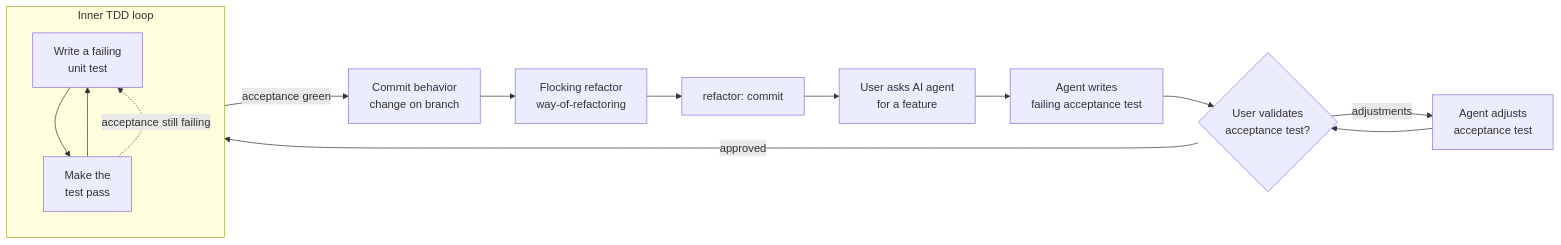
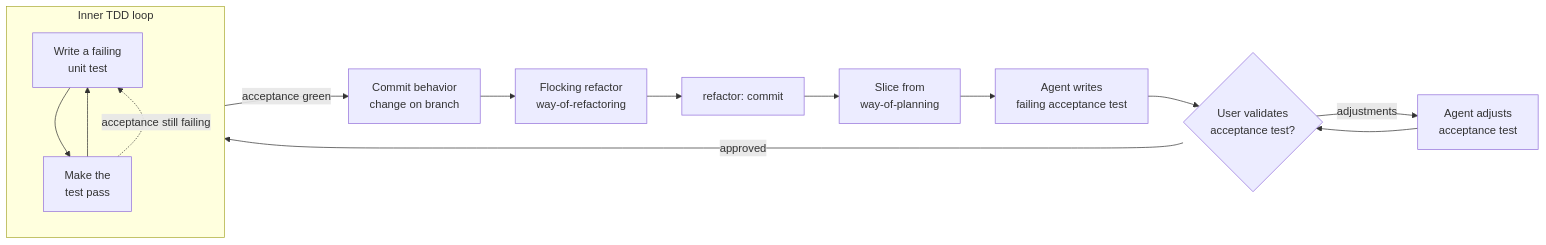
The diagram in .claude/rules/way-of-work.md (gustavofsantos/dot-files), drawn with Mermaid before and after one commit. The commit also changed other lines of this file and 1 other file, not shown here.

Commit message:
chore: introduce way of planning rules

````diff
--- a/.claude/rules/way-of-work.md
+++ b/.claude/rules/way-of-work.md
@@ -9,24 +9,24 @@
 ```mermaid
 flowchart LR
-  Ask["User asks AI agent<br/>for a feature"]
+  Ask["Slice from<br/>way-of-planning"]
   WriteAT["Agent writes<br/>failing acceptance test"]
   Validate{"User validates<br/>acceptance test?"}
   Adjust["Agent adjusts<br/>acceptance test"]
 
   subgraph Inner["Inner TDD loop"]
     direction TB
     UT["Write a failing<br/>unit test"]
     Pass["Make the<br/>test pass"]
     UT --> Pass --> UT
   end
 
   Commit["Commit behavior<br/>change on branch"]
   Flock["Flocking refactor<br/>way-of-refactoring"]
   RefCommit["refactor: commit"]
 
   Ask --> WriteAT --> Validate
   Validate -->|adjustments| Adjust --> Validate
   Validate -->|approved| UT
   Pass -.->|acceptance still failing| UT
   Pass -->|acceptance green| Commit --> Flock --> RefCommit --> Ask
 ```
````
